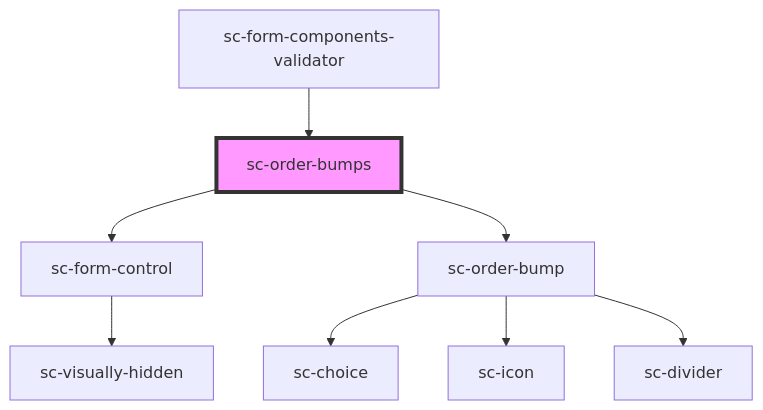
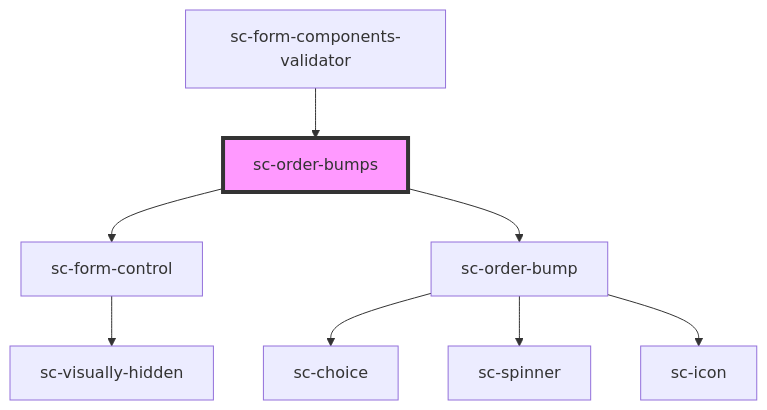
Before and after one commit to surecart/surecart-wp-plugin: the diagram in packages/components/src/components/controllers/checkout-form/sc-order-bumps/readme.md, drawn with Mermaid. The commit also changed 8 other files, not shown here.

````diff
--- a/packages/components/src/components/controllers/checkout-form/sc-order-bumps/readme.md
+++ b/packages/components/src/components/controllers/checkout-form/sc-order-bumps/readme.md
@@ -28,11 +28,11 @@
 ```mermaid
 graph TD;
   sc-order-bumps --> sc-form-control
   sc-order-bumps --> sc-order-bump
   sc-form-control --> sc-visually-hidden
   sc-order-bump --> sc-choice
+  sc-order-bump --> sc-spinner
   sc-order-bump --> sc-icon
-  sc-order-bump --> sc-divider
   sc-form-components-validator --> sc-order-bumps
   style sc-order-bumps fill:#f9f,stroke:#333,stroke-width:4px
 ```
````
